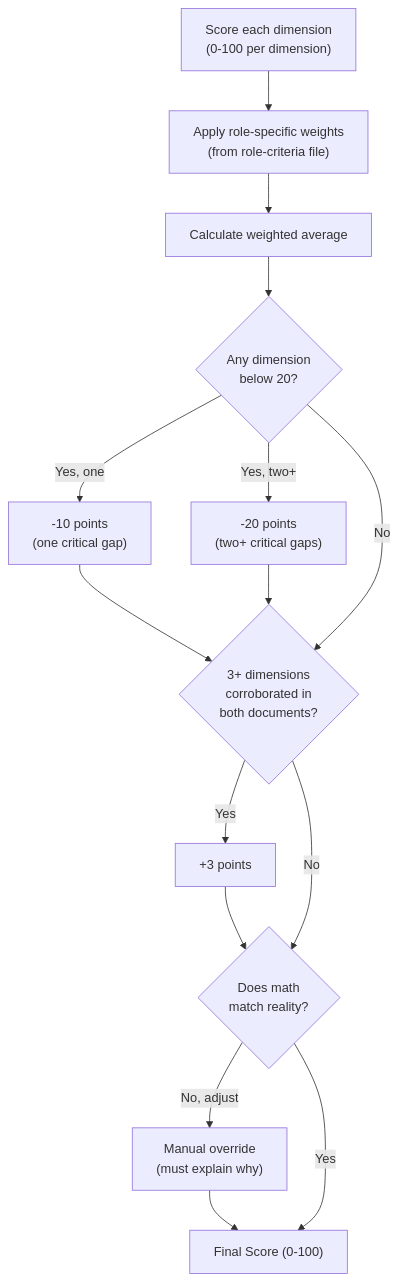
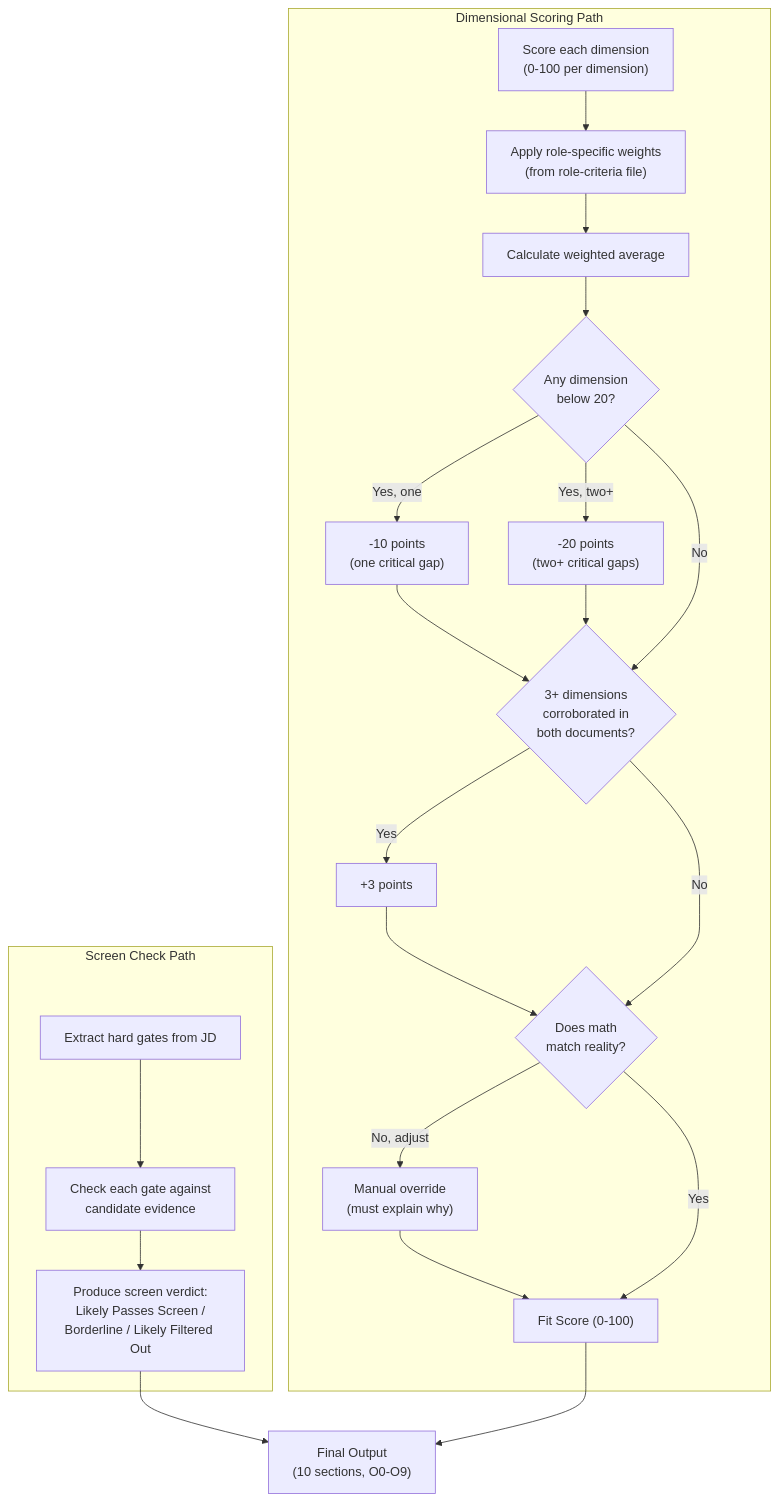
The third of 3 diagrams in ARCHITECTURE.md (dj-chow/job-fit-analyzer), drawn with Mermaid before and after one commit. The commit also changed other lines of this file and 4 other files, not shown here.

First line of the commit message:
feat: add two-layer evaluation model (screen check + fit score)

````diff
--- a/ARCHITECTURE.md
+++ b/ARCHITECTURE.md
@@ -91,24 +103,38 @@
 ```mermaid
 flowchart TD
-    DIM["Score each dimension<br/>(0-100 per dimension)"]
-    WEIGHT["Apply role-specific weights<br/>(from role-criteria file)"]
-    AVG["Calculate weighted average"]
-    GAP{"Any dimension<br/>below 20?"}
-    PENALTY1["-10 points<br/>(one critical gap)"]
-    PENALTY2["-20 points<br/>(two+ critical gaps)"]
-    CORR{"3+ dimensions<br/>corroborated in<br/>both documents?"}
-    BONUS["+3 points"]
-    OVERRIDE{"Does math<br/>match reality?"}
-    ADJUST["Manual override<br/>(must explain why)"]
-    FINAL["Final Score (0-100)"]
+    subgraph SCREEN["Screen Check Path"]
+        HG["Extract hard gates from JD"]
+        CHECK["Check each gate against<br/>candidate evidence"]
+        VERDICT["Produce screen verdict:<br/>Likely Passes Screen /<br/>Borderline / Likely Filtered Out"]
+        HG --> CHECK --> VERDICT
+    end
 
-    DIM --> WEIGHT --> AVG
-    AVG --> GAP
-    GAP -->|"Yes, one"| PENALTY1 --> CORR
-    GAP -->|"Yes, two+"| PENALTY2 --> CORR
-    GAP -->|"No"| CORR
-    CORR -->|"Yes"| BONUS --> OVERRIDE
-    CORR -->|"No"| OVERRIDE
-    OVERRIDE -->|"No, adjust"| ADJUST --> FINAL
-    OVERRIDE -->|"Yes"| FINAL
+    subgraph DIMENSIONAL["Dimensional Scoring Path"]
+        DIM["Score each dimension<br/>(0-100 per dimension)"]
+        WEIGHT["Apply role-specific weights<br/>(from role-criteria file)"]
+        AVG["Calculate weighted average"]
+        GAP{"Any dimension<br/>below 20?"}
+        PENALTY1["-10 points<br/>(one critical gap)"]
+        PENALTY2["-20 points<br/>(two+ critical gaps)"]
+        CORR{"3+ dimensions<br/>corroborated in<br/>both documents?"}
+        BONUS["+3 points"]
+        OVERRIDE{"Does math<br/>match reality?"}
+        ADJUST["Manual override<br/>(must explain why)"]
+        FITSCORE["Fit Score (0-100)"]
+
+        DIM --> WEIGHT --> AVG
+        AVG --> GAP
+        GAP -->|"Yes, one"| PENALTY1 --> CORR
+        GAP -->|"Yes, two+"| PENALTY2 --> CORR
+        GAP -->|"No"| CORR
+        CORR -->|"Yes"| BONUS --> OVERRIDE
+        CORR -->|"No"| OVERRIDE
+        OVERRIDE -->|"No, adjust"| ADJUST --> FITSCORE
+        OVERRIDE -->|"Yes"| FITSCORE
+    end
+
+    FINAL["Final Output<br/>(10 sections, O0-O9)"]
+
+    VERDICT --> FINAL
+    FITSCORE --> FINAL
 ```
````
